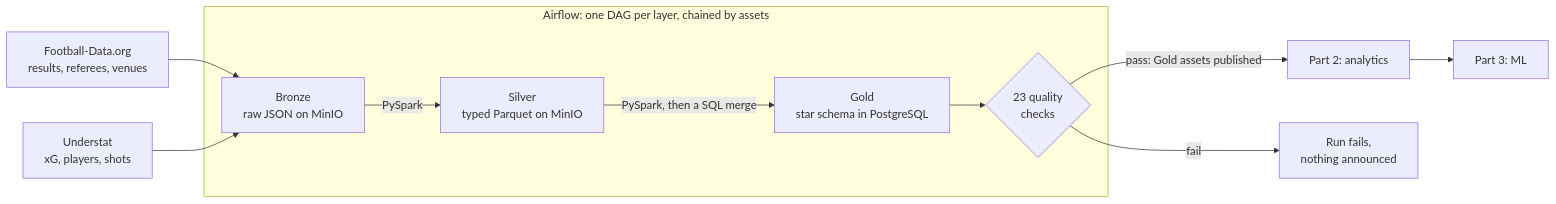
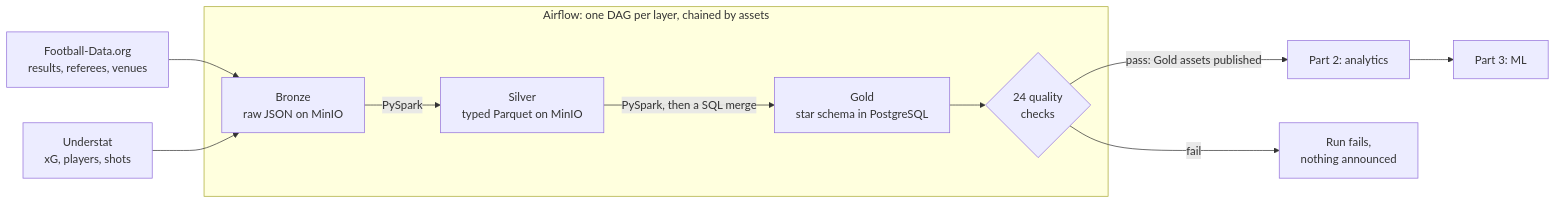
One commit to Fabiohhp/football-data-engineering changed the diagram in README.md. Above: the diagram before and after it, drawn with Mermaid. The commit also changed other lines of this file and 3 other files, not shown here.

````diff
--- a/README.md
+++ b/README.md
@@ -26,13 +26,13 @@
 ```mermaid
 flowchart LR
     FD["Football-Data.org<br/>results, referees, venues"] --> B
     US["Understat<br/>xG, players, shots"] --> B
     subgraph AF["Airflow: one DAG per layer, chained by assets"]
         B["Bronze<br/>raw JSON on MinIO"] -->|PySpark| S["Silver<br/>typed Parquet on MinIO"]
         S -->|"PySpark, then a SQL merge"| G["Gold<br/>star schema in PostgreSQL"]
-        G --> Q{"23 quality<br/>checks"}
+        G --> Q{"24 quality<br/>checks"}
     end
     Q -->|"pass: Gold assets published"| P2["Part 2: analytics"]
     P2 --> P3["Part 3: ML"]
     Q -->|fail| X["Run fails,<br/>nothing announced"]
 ```
````
